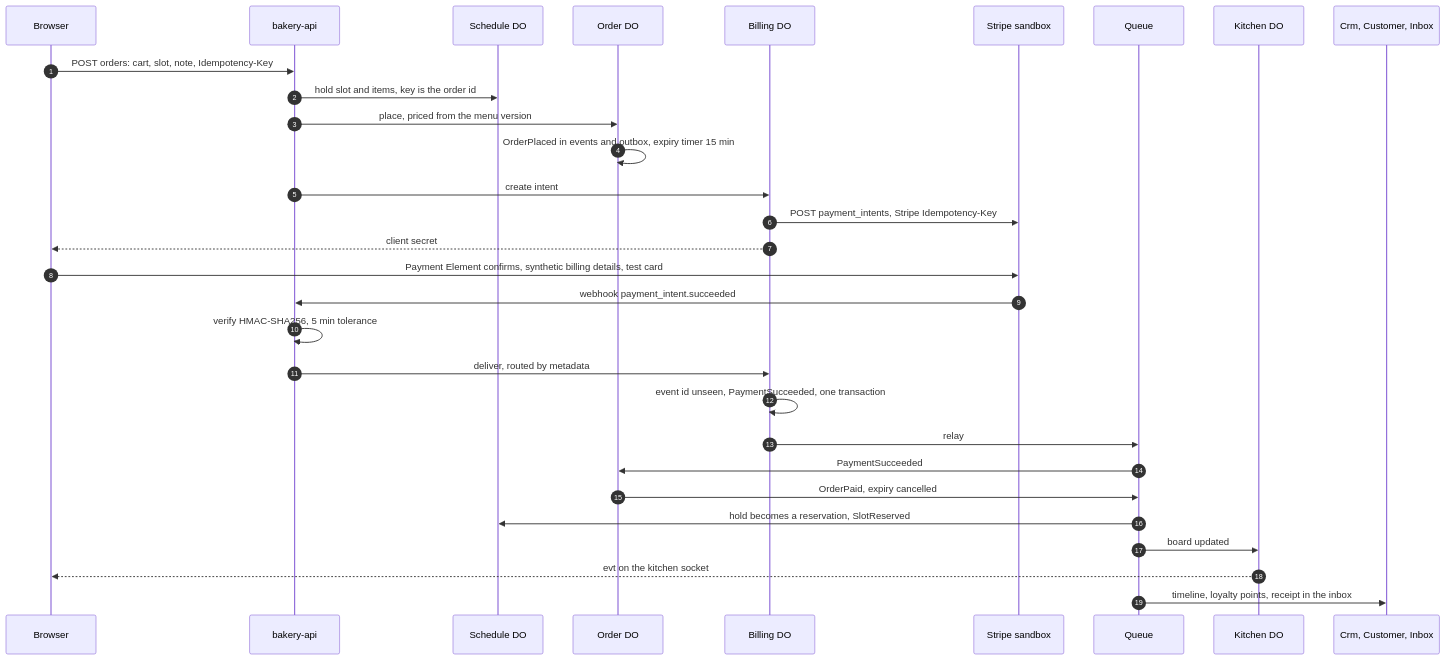
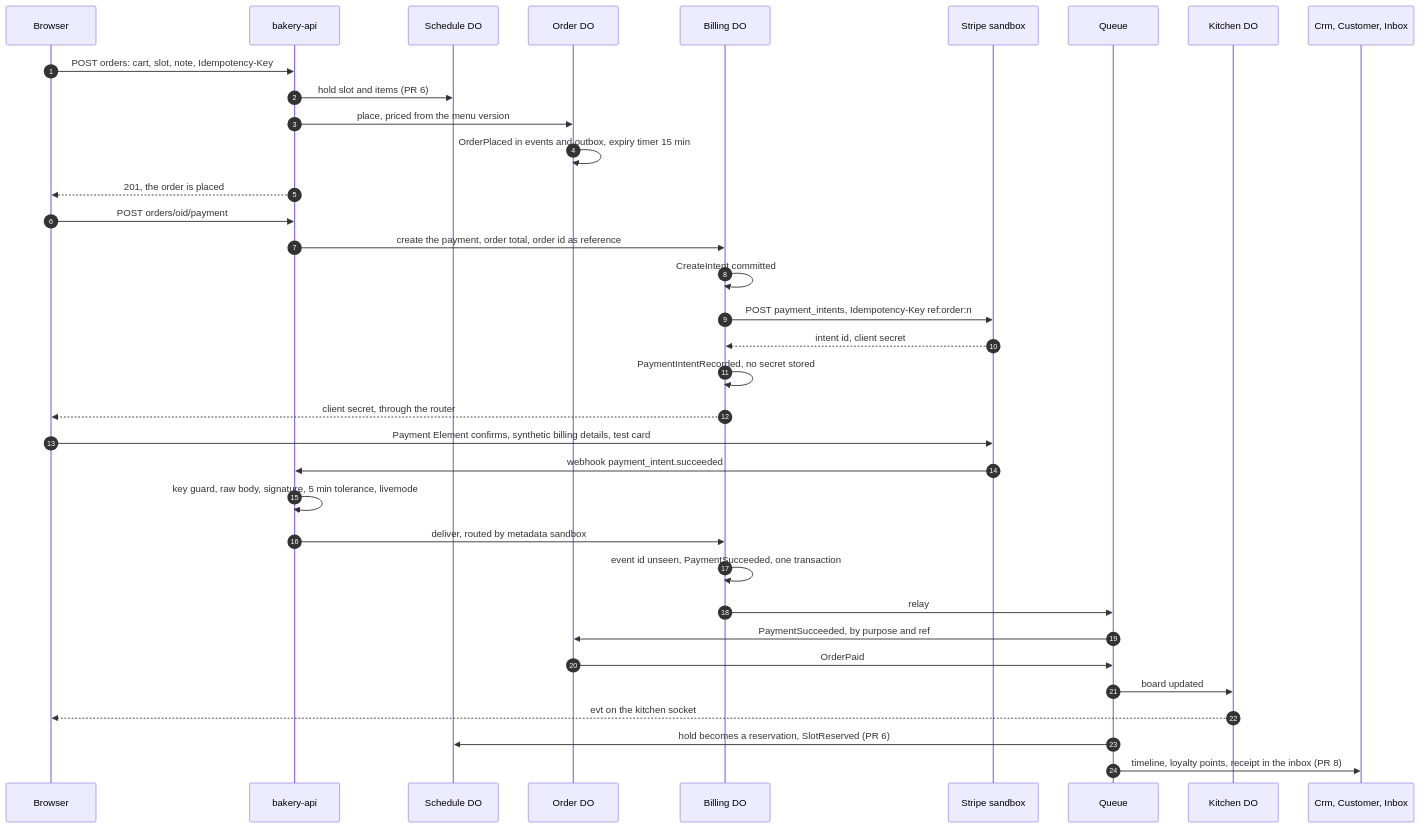
Before and after one commit to IHaveASegway/bakery: the sixth of 11 diagrams in docs/architecture.md, drawn with Mermaid. The commit also changed other lines of this file and 8 other files, not shown here.

````diff
--- a/docs/architecture.md
+++ b/docs/architecture.md
@@ -375,32 +377,37 @@
 ```mermaid
 sequenceDiagram
   autonumber
   participant B as Browser
   participant A as bakery-api
   participant SC as Schedule DO
   participant O as Order DO
   participant BI as Billing DO
   participant ST as Stripe sandbox
   participant Q as Queue
   participant K as Kitchen DO
   participant CR as Crm, Customer, Inbox
   B->>A: POST orders: cart, slot, note, Idempotency-Key
-  A->>SC: hold slot and items, key is the order id
+  A->>SC: hold slot and items (PR 6)
   A->>O: place, priced from the menu version
   O->>O: OrderPlaced in events and outbox, expiry timer 15 min
-  A->>BI: create intent
-  BI->>ST: POST payment_intents, Stripe Idempotency-Key
-  BI-->>B: client secret
+  A-->>B: 201, the order is placed
+  B->>A: POST orders/oid/payment
+  A->>BI: create the payment, order total, order id as reference
+  BI->>BI: CreateIntent committed
+  BI->>ST: POST payment_intents, Idempotency-Key ref:order:n
+  ST-->>BI: intent id, client secret
+  BI->>BI: PaymentIntentRecorded, no secret stored
+  BI-->>B: client secret, through the router
   B->>ST: Payment Element confirms, synthetic billing details, test card
   ST->>A: webhook payment_intent.succeeded
-  A->>A: verify HMAC-SHA256, 5 min tolerance
-  A->>BI: deliver, routed by metadata
+  A->>A: key guard, raw body, signature, 5 min tolerance, livemode
+  A->>BI: deliver, routed by metadata sandbox
   BI->>BI: event id unseen, PaymentSucceeded, one transaction
   BI->>Q: relay
-  Q->>O: PaymentSucceeded
-  O->>Q: OrderPaid, expiry cancelled
-  Q->>SC: hold becomes a reservation, SlotReserved
+  Q->>O: PaymentSucceeded, by purpose and ref
+  O->>Q: OrderPaid
   Q->>K: board updated
   K-->>B: evt on the kitchen socket
-  Q->>CR: timeline, loyalty points, receipt in the inbox
+  Q->>SC: hold becomes a reservation, SlotReserved (PR 6)
+  Q->>CR: timeline, loyalty points, receipt in the inbox (PR 8)
 ```
````
